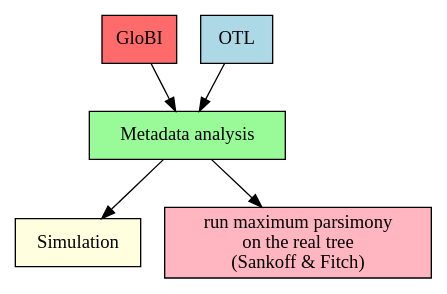
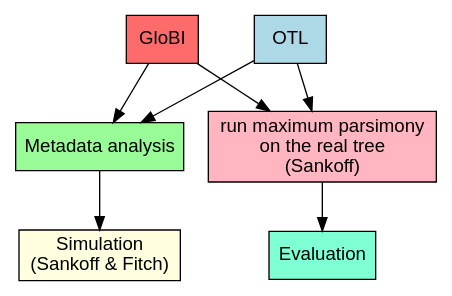
One commit to Irallia/IZW-HU-Parasites changed the diagram in Paper - Latex/Figures/Workflow-overview.gv. Above: the diagram before and after it, drawn with Graphviz. The commit also changed 5 other files, not shown here.

```diff
--- a/Paper - Latex/Figures/Workflow-overview.gv
+++ b/Paper - Latex/Figures/Workflow-overview.gv
@@ -1,15 +1,19 @@
 digraph G {
-	node [style=filled, fillcolor=seagreen1, shape=box];
+	graph[fontname="arial"]
+	node [style=filled, fillcolor=seagreen1, shape=box, fontname="arial"];
 
 	cluster_0 [label = "GloBI", fillcolor=indianred1]
 	cluster_1 [label = "OTL", fillcolor=lightblue]
 	cluster_2 [label = "Metadata analysis", fillcolor=palegreen]
-	cluster_3 [label = "Simulation", fillcolor=lightyellow]
-	cluster_4 [label = "run maximum parsimony \n on the real tree \n (Sankoff & Fitch)", fillcolor=lightpink]
+	cluster_3 [label = "Simulation \n (Sankoff & Fitch)", fillcolor=lightyellow]
+	cluster_4 [label = "run maximum parsimony \n on the real tree \n (Sankoff)", fillcolor=lightpink]
+	cluster_5 [label = "Evaluation", fillcolor=aquamarine]
 
 	cluster_0 -> cluster_2
+	cluster_0 -> cluster_4
 	cluster_1 -> cluster_2
+	cluster_1 -> cluster_4
 	cluster_2 -> cluster_3
-	cluster_2 -> cluster_4
+	cluster_4 -> cluster_5
 
 }
```
